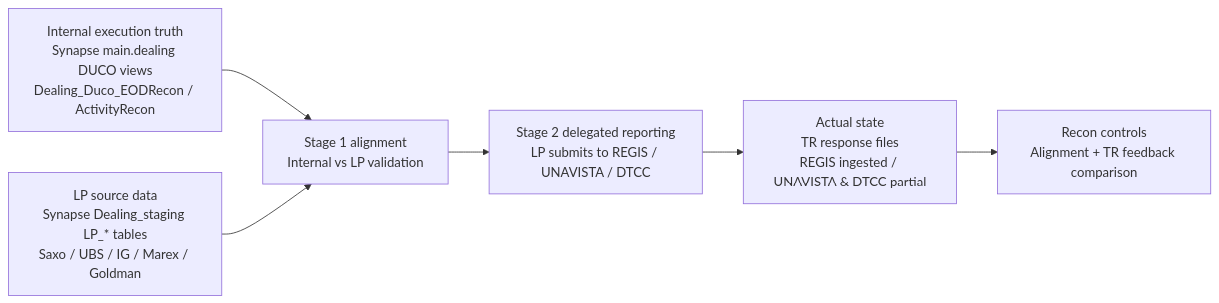
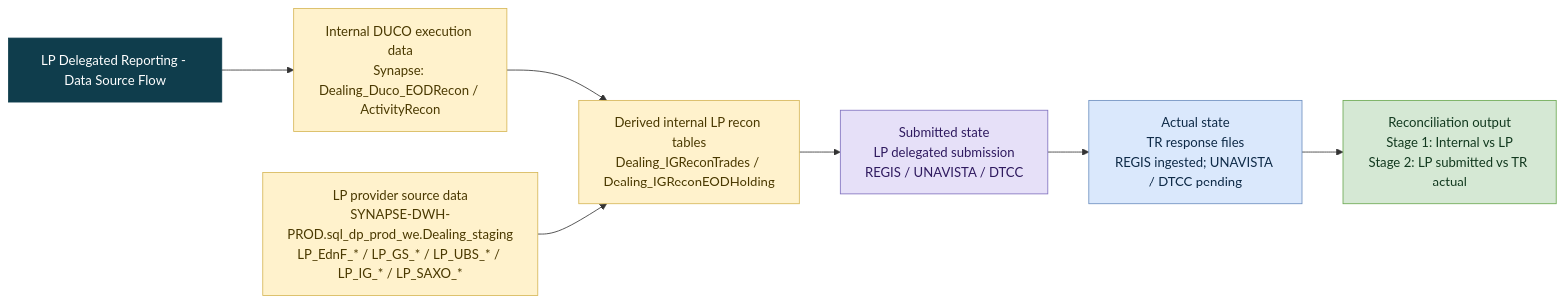
Before and after one commit to valentinosko-hub/RegTech: the diagram in docs/reporting-model-lp-delegated-data-sources.md, drawn with Mermaid. The commit also changed other lines of this file and 15 other files, not shown here.

Commit message:
Style per-model diagrams with title and state colors

````diff
--- a/docs/reporting-model-lp-delegated-data-sources.md
+++ b/docs/reporting-model-lp-delegated-data-sources.md
@@ -3,13 +3,20 @@
 ```mermaid
 flowchart LR
-  S1["Internal execution truth<br/>Synapse main.dealing DUCO views<br/>Dealing_Duco_EODRecon / ActivityRecon"]
-  S2["LP source data<br/>Synapse Dealing_staging LP_* tables<br/>Saxo / UBS / IG / Marex / Goldman"]
-  ST1["Stage 1 alignment<br/>Internal vs LP validation"]
-  ST2["Stage 2 delegated reporting<br/>LP submits to REGIS / UNAVISTA / DTCC"]
-  A["Actual state<br/>TR response files<br/>REGIS ingested / UNAVISTA & DTCC partial"]
-  R["Recon controls<br/>Alignment + TR feedback comparison"]
-
-  S1 --> ST1
-  S2 --> ST1
-  ST1 --> ST2 --> A --> R
+  TITLE["LP Delegated Reporting - Data Source Flow"]
+  A["Internal DUCO execution data<br/>Synapse: Dealing_Duco_EODRecon / ActivityRecon"] --> B["Derived internal LP recon tables<br/>Dealing_IGReconTrades / Dealing_IGReconEODHolding"]
+  C["LP provider source data<br/>SYNAPSE-DWH-PROD.sql_dp_prod_we.Dealing_staging<br/>LP_EdnF_* / LP_GS_* / LP_UBS_* / LP_IG_* / LP_SAXO_*"] --> B
+  B --> D["Submitted state<br/>LP delegated submission<br/>REGIS / UNAVISTA / DTCC"]
+  D --> E["Actual state<br/>TR response files<br/>REGIS ingested; UNAVISTA / DTCC pending"]
+  E --> F["Reconciliation output<br/>Stage 1: Internal vs LP<br/>Stage 2: LP submitted vs TR actual"]
+  TITLE --> A
+  classDef title fill:#0f3d4c,stroke:#0f3d4c,color:#ffffff,fontStyle:bold;
+  classDef expected fill:#fff2cc,stroke:#d6b656,color:#4a3900;
+  classDef submitted fill:#e6e0f8,stroke:#7f70bf,color:#2f1a5f;
+  classDef actual fill:#dae8fc,stroke:#6c8ebf,color:#0e2a47;
+  classDef recon fill:#d5e8d4,stroke:#6aa84f,color:#12391f;
+  class TITLE title;
+  class A,B,C expected;
+  class D submitted;
+  class E actual;
+  class F recon;
 ```
````
